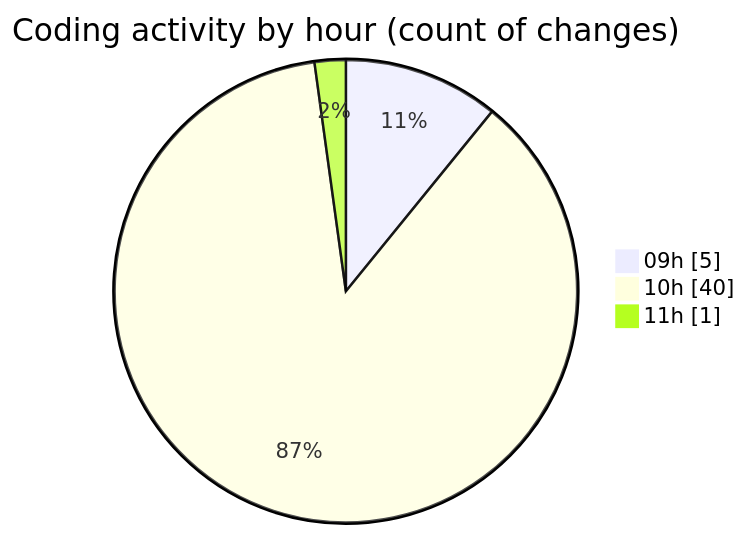
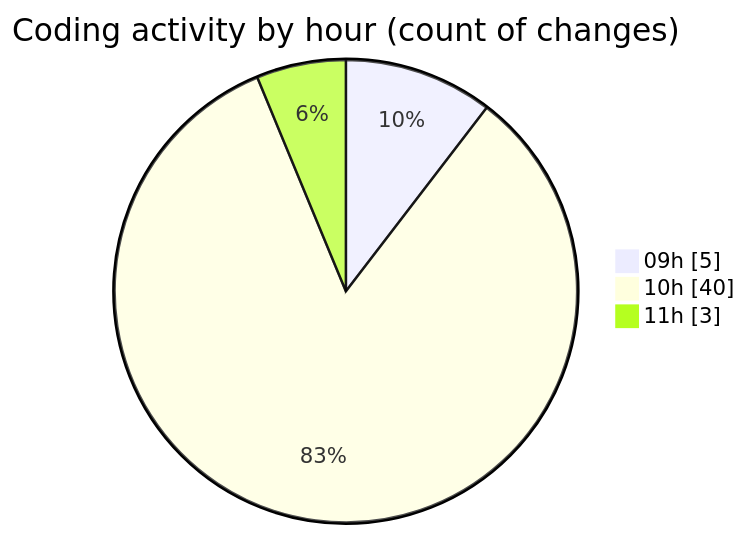
Before and after one commit to CELIANVF/code-tracking: the second of 2 diagrams in 2025-06-02/ecodeli-1/README.md, drawn with Mermaid. The commit also changed other lines of this file and 1 other file, not shown here.

````diff
--- a/2025-06-02/ecodeli-1/README.md
+++ b/2025-06-02/ecodeli-1/README.md
@@ -63,7 +64,7 @@
 ```mermaid
 pie showData
 title Coding activity by hour (count of changes)
 "09h" : 5
 "10h" : 40
-"11h" : 1
+"11h" : 3
 ```
````
